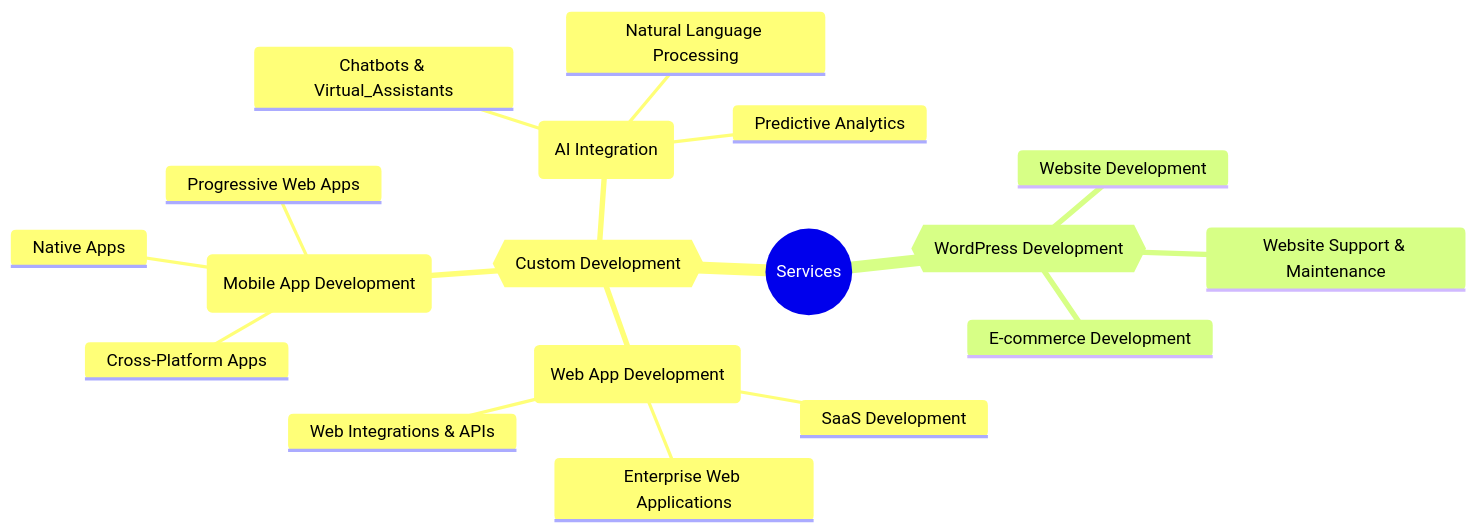
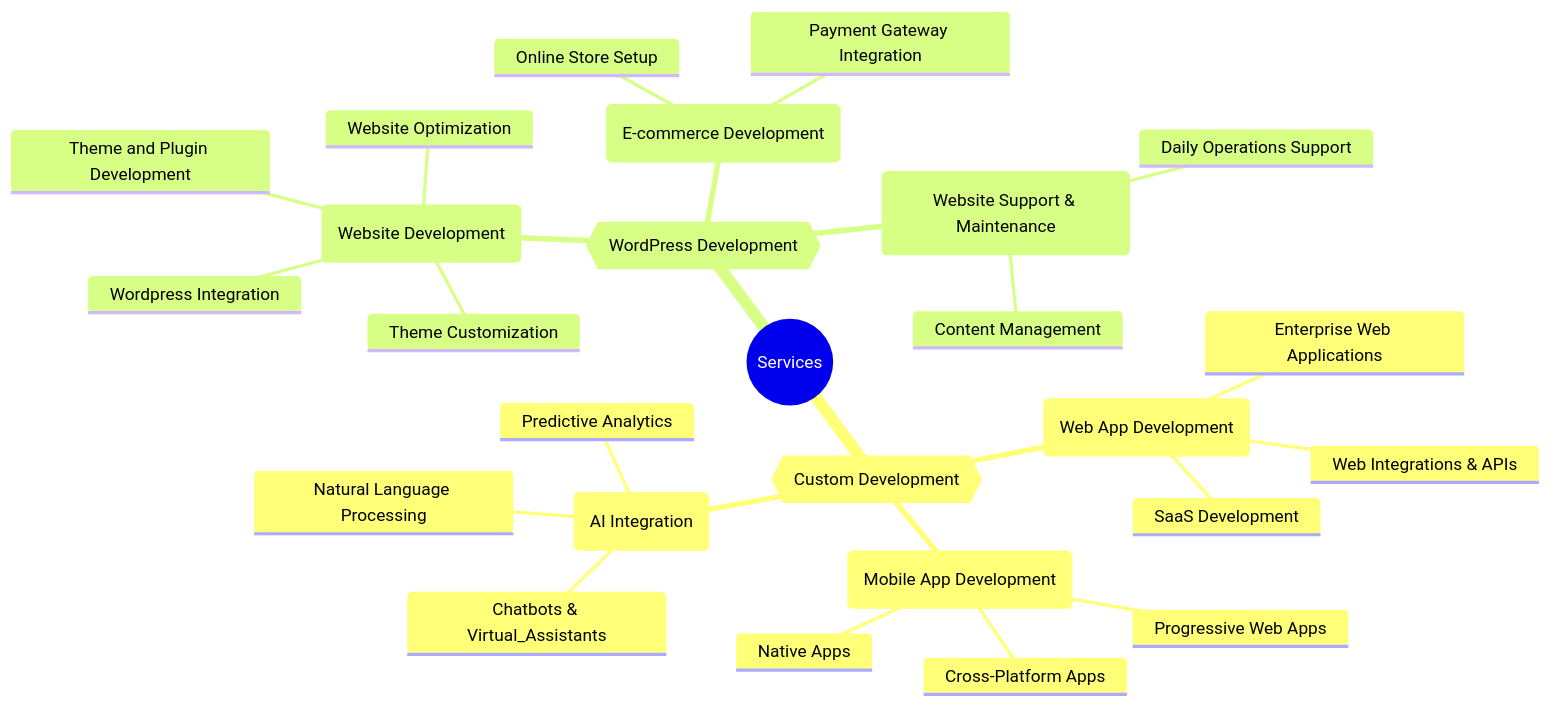
The diagram in profile/SERVICES.md (outsoarph/.github), drawn with Mermaid before and after one commit. The commit also changed other lines of this file, not shown here.

Commit message:
Refactor SERVICES.md mindmap for enhanced organization and detail in WordPress Development services

````diff
--- a/profile/SERVICES.md
+++ b/profile/SERVICES.md
@@ -3,27 +3,35 @@
 ```mermaid
 ---
 config:
   layout: tidy-tree
   themeVariables:
     fontFamily: 'Poppins, sans-serif'
 ---
 mindmap
   root((Services))
     Custom_Development{{Custom Development}}
       Web_App_Development(Web App Development)
         SaaS Development
         Enterprise Web Applications
         Web Integrations & APIs
       Mobile_App_Development(Mobile App Development)
         Cross-Platform Apps
         Native Apps
         Progressive Web Apps
       AI_Integration(AI Integration)
         Chatbots & Virtual_Assistants
         Predictive Analytics
         Natural Language Processing
     WordPress_Development{{WordPress Development}}
-      Website Development
-      E-commerce Development
-      Website Support & Maintenance
+      Website_Development(Website Development)
+        Theme Customization
+        Theme and Plugin Development
+        Website Optimization
+        Wordpress Integration
+      E-commerce_Development(E-commerce Development)
+        Online Store Setup
+        Payment Gateway Integration
+      Website_Support_&_Maintenance(Website Support & Maintenance)
+        Content Management
+        Daily Operations Support
 ```
````
